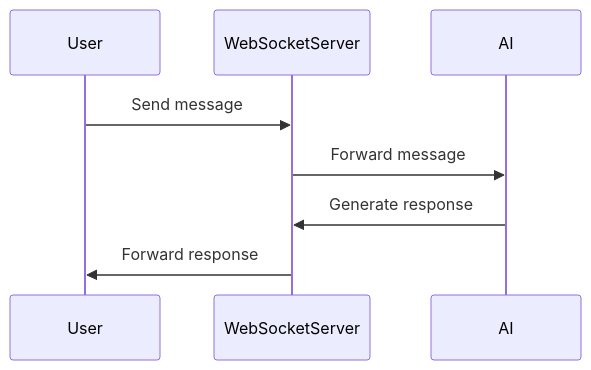
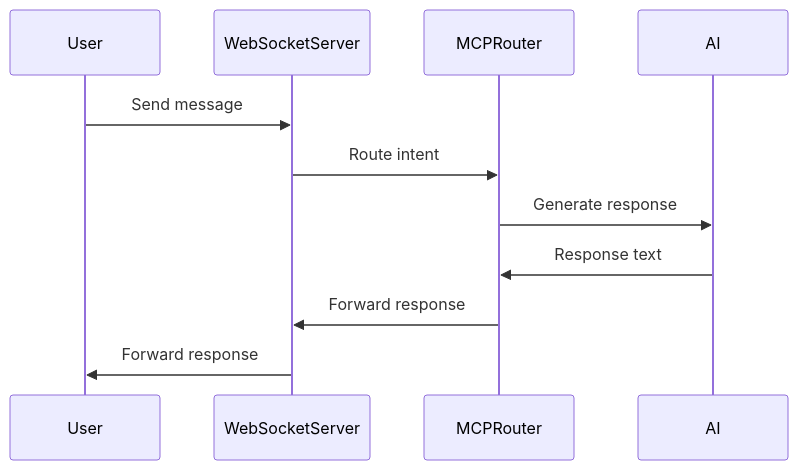
Before and after one commit to bedah-kym/django-chat: the second of 7 diagrams in README.md, drawn with Mermaid. The commit also changed other lines of this file and 6 other files, not shown here.

````diff
--- a/README.md
+++ b/README.md
@@ -50,11 +67,14 @@
 ```mermaid
 sequenceDiagram
     participant User
     participant WebSocketServer
+    participant MCPRouter
     participant AI
 
     User->>WebSocketServer: Send message
-    WebSocketServer->>AI: Forward message
-    AI->>WebSocketServer: Generate response
+    WebSocketServer->>MCPRouter: Route intent
+    MCPRouter->>AI: Generate response
+    AI->>MCPRouter: Response text
+    MCPRouter->>WebSocketServer: Forward response
     WebSocketServer->>User: Forward response    
 ```
````
